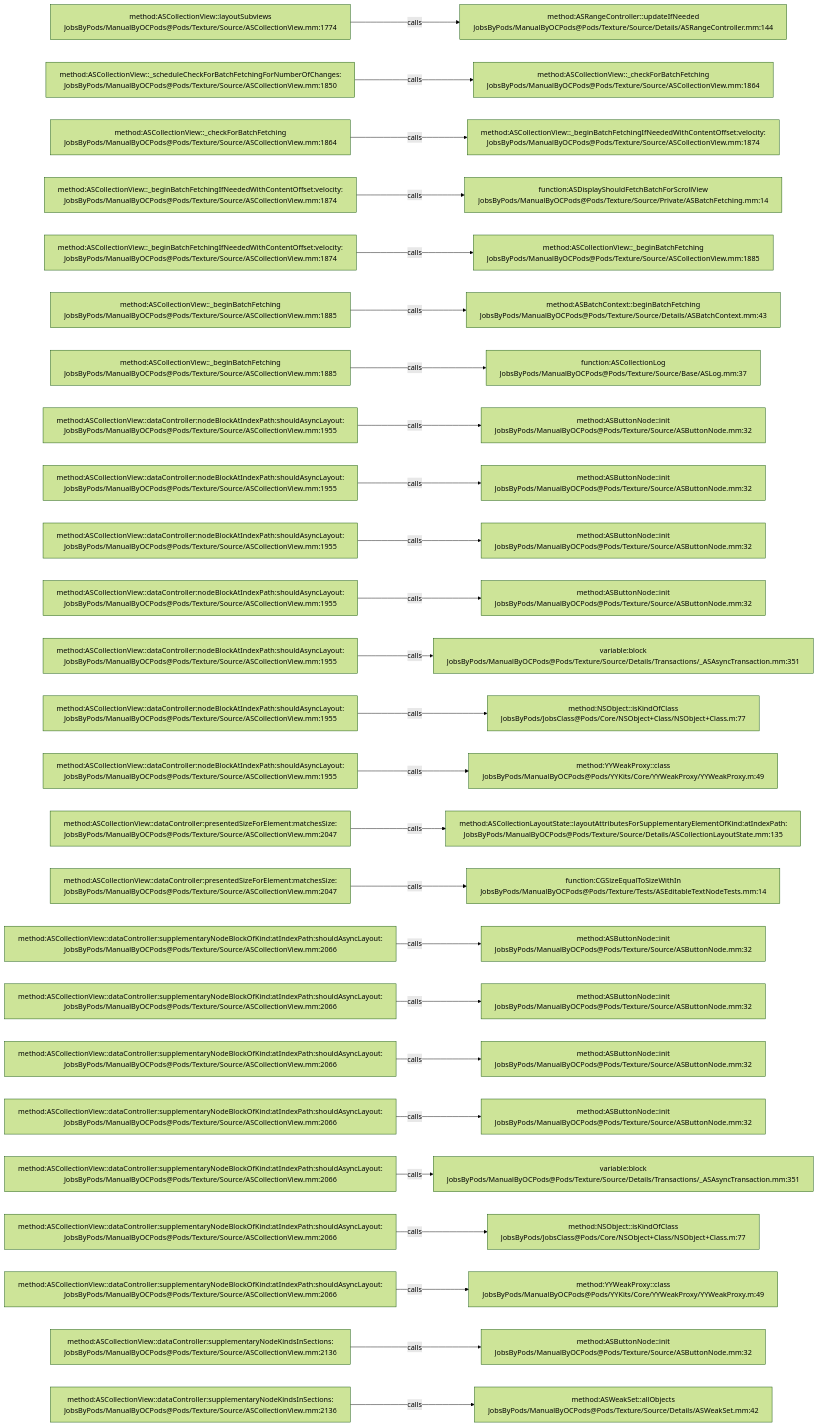
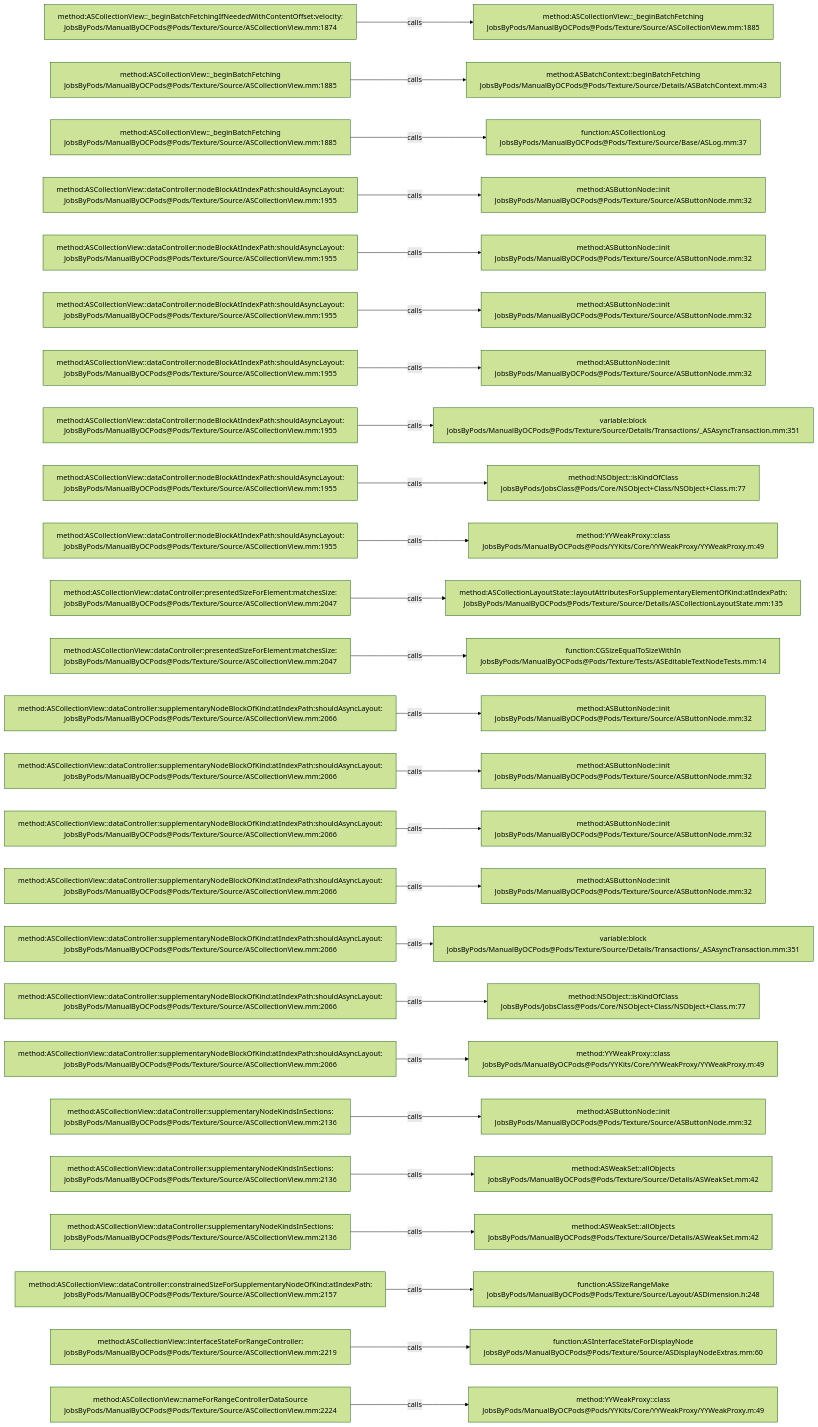
One commit to JobsKits/JobsOCBaseConfigDemo changed the diagram in .codegraph/codegraph.md/graphs/calls-081.md. Above: the diagram before and after it, drawn with Mermaid (forest theme). The commit also changed 727 other files, not shown here.

````diff
--- a/.codegraph/codegraph.md/graphs/calls-081.md
+++ b/.codegraph/codegraph.md/graphs/calls-081.md
@@ -13,78 +13,78 @@
 ```mermaid
 flowchart LR
-  S1["method:ASCollectionView::layoutSubviews<br/>JobsByPods/ManualByOCPods@Pods/Texture/Source/ASCollectionView.mm:1774"]
-  T1["method:ASRangeController::updateIfNeeded<br/>JobsByPods/ManualByOCPods@Pods/Texture/Source/Details/ASRangeController.mm:144"]
+  S1["method:ASCollectionView::_beginBatchFetchingIfNeededWithContentOffset:velocity:<br/>JobsByPods/ManualByOCPods@Pods/Texture/Source/ASCollectionView.mm:1874"]
+  T1["method:ASCollectionView::_beginBatchFetching<br/>JobsByPods/ManualByOCPods@Pods/Texture/Source/ASCollectionView.mm:1885"]
   S1 -->|calls| T1
-  S2["method:ASCollectionView::_scheduleCheckForBatchFetchingForNumberOfChanges:<br/>JobsByPods/ManualByOCPods@Pods/Texture/Source/ASCollectionView.mm:1850"]
-  T2["method:ASCollectionView::_checkForBatchFetching<br/>JobsByPods/ManualByOCPods@Pods/Texture/Source/ASCollectionView.mm:1864"]
+  S2["method:ASCollectionView::_beginBatchFetching<br/>JobsByPods/ManualByOCPods@Pods/Texture/Source/ASCollectionView.mm:1885"]
+  T2["method:ASBatchContext::beginBatchFetching<br/>JobsByPods/ManualByOCPods@Pods/Texture/Source/Details/ASBatchContext.mm:43"]
   S2 -->|calls| T2
-  S3["method:ASCollectionView::_checkForBatchFetching<br/>JobsByPods/ManualByOCPods@Pods/Texture/Source/ASCollectionView.mm:1864"]
-  T3["method:ASCollectionView::_beginBatchFetchingIfNeededWithContentOffset:velocity:<br/>JobsByPods/ManualByOCPods@Pods/Texture/Source/ASCollectionView.mm:1874"]
+  S3["method:ASCollectionView::_beginBatchFetching<br/>JobsByPods/ManualByOCPods@Pods/Texture/Source/ASCollectionView.mm:1885"]
+  T3["function:ASCollectionLog<br/>JobsByPods/ManualByOCPods@Pods/Texture/Source/Base/ASLog.mm:37"]
   S3 -->|calls| T3
-  S4["method:ASCollectionView::_beginBatchFetchingIfNeededWithContentOffset:velocity:<br/>JobsByPods/ManualByOCPods@Pods/Texture/Source/ASCollectionView.mm:1874"]
-  T4["function:ASDisplayShouldFetchBatchForScrollView<br/>JobsByPods/ManualByOCPods@Pods/Texture/Source/Private/ASBatchFetching.mm:14"]
+  S4["method:ASCollectionView::dataController:nodeBlockAtIndexPath:shouldAsyncLayout:<br/>JobsByPods/ManualByOCPods@Pods/Texture/Source/ASCollectionView.mm:1955"]
+  T4["method:ASButtonNode::init<br/>JobsByPods/ManualByOCPods@Pods/Texture/Source/ASButtonNode.mm:32"]
   S4 -->|calls| T4
-  S5["method:ASCollectionView::_beginBatchFetchingIfNeededWithContentOffset:velocity:<br/>JobsByPods/ManualByOCPods@Pods/Texture/Source/ASCollectionView.mm:1874"]
-  T5["method:ASCollectionView::_beginBatchFetching<br/>JobsByPods/ManualByOCPods@Pods/Texture/Source/ASCollectionView.mm:1885"]
+  S5["method:ASCollectionView::dataController:nodeBlockAtIndexPath:shouldAsyncLayout:<br/>JobsByPods/ManualByOCPods@Pods/Texture/Source/ASCollectionView.mm:1955"]
+  T5["method:ASButtonNode::init<br/>JobsByPods/ManualByOCPods@Pods/Texture/Source/ASButtonNode.mm:32"]
   S5 -->|calls| T5
-  S6["method:ASCollectionView::_beginBatchFetching<br/>JobsByPods/ManualByOCPods@Pods/Texture/Source/ASCollectionView.mm:1885"]
-  T6["method:ASBatchContext::beginBatchFetching<br/>JobsByPods/ManualByOCPods@Pods/Texture/Source/Details/ASBatchContext.mm:43"]
+  S6["method:ASCollectionView::dataController:nodeBlockAtIndexPath:shouldAsyncLayout:<br/>JobsByPods/ManualByOCPods@Pods/Texture/Source/ASCollectionView.mm:1955"]
+  T6["method:ASButtonNode::init<br/>JobsByPods/ManualByOCPods@Pods/Texture/Source/ASButtonNode.mm:32"]
   S6 -->|calls| T6
-  S7["method:ASCollectionView::_beginBatchFetching<br/>JobsByPods/ManualByOCPods@Pods/Texture/Source/ASCollectionView.mm:1885"]
-  T7["function:ASCollectionLog<br/>JobsByPods/ManualByOCPods@Pods/Texture/Source/Base/ASLog.mm:37"]
+  S7["method:ASCollectionView::dataController:nodeBlockAtIndexPath:shouldAsyncLayout:<br/>JobsByPods/ManualByOCPods@Pods/Texture/Source/ASCollectionView.mm:1955"]
+  T7["method:ASButtonNode::init<br/>JobsByPods/ManualByOCPods@Pods/Texture/Source/ASButtonNode.mm:32"]
   S7 -->|calls| T7
   S8["method:ASCollectionView::dataController:nodeBlockAtIndexPath:shouldAsyncLayout:<br/>JobsByPods/ManualByOCPods@Pods/Texture/Source/ASCollectionView.mm:1955"]
-  T8["method:ASButtonNode::init<br/>JobsByPods/ManualByOCPods@Pods/Texture/Source/ASButtonNode.mm:32"]
+  T8["variable:block<br/>JobsByPods/ManualByOCPods@Pods/Texture/Source/Details/Transactions/_ASAsyncTransaction.mm:351"]
   S8 -->|calls| T8
   S9["method:ASCollectionView::dataController:nodeBlockAtIndexPath:shouldAsyncLayout:<br/>JobsByPods/ManualByOCPods@Pods/Texture/Source/ASCollectionView.mm:1955"]
-  T9["method:ASButtonNode::init<br/>JobsByPods/ManualByOCPods@Pods/Texture/Source/ASButtonNode.mm:32"]
+  T9["method:NSObject::isKindOfClass<br/>JobsByPods/JobsClass@Pods/Core/NSObject+Class/NSObject+Class.m:77"]
   S9 -->|calls| T9
   S10["method:ASCollectionView::dataController:nodeBlockAtIndexPath:shouldAsyncLayout:<br/>JobsByPods/ManualByOCPods@Pods/Texture/Source/ASCollectionView.mm:1955"]
-  T10["method:ASButtonNode::init<br/>JobsByPods/ManualByOCPods@Pods/Texture/Source/ASButtonNode.mm:32"]
+  T10["method:YYWeakProxy::class<br/>JobsByPods/ManualByOCPods@Pods/YYKits/Core/YYWeakProxy/YYWeakProxy.m:49"]
   S10 -->|calls| T10
-  S11["method:ASCollectionView::dataController:nodeBlockAtIndexPath:shouldAsyncLayout:<br/>JobsByPods/ManualByOCPods@Pods/Texture/Source/ASCollectionView.mm:1955"]
-  T11["method:ASButtonNode::init<br/>JobsByPods/ManualByOCPods@Pods/Texture/Source/ASButtonNode.mm:32"]
+  S11["method:ASCollectionView::dataController:presentedSizeForElement:matchesSize:<br/>JobsByPods/ManualByOCPods@Pods/Texture/Source/ASCollectionView.mm:2047"]
+  T11["method:ASCollectionLayoutState::layoutAttributesForSupplementaryElementOfKind:atIndexPath:<br/>JobsByPods/ManualByOCPods@Pods/Texture/Source/Details/ASCollectionLayoutState.mm:135"]
   S11 -->|calls| T11
-  S12["method:ASCollectionView::dataController:nodeBlockAtIndexPath:shouldAsyncLayout:<br/>JobsByPods/ManualByOCPods@Pods/Texture/Source/ASCollectionView.mm:1955"]
-  T12["variable:block<br/>JobsByPods/ManualByOCPods@Pods/Texture/Source/Details/Transactions/_ASAsyncTransaction.mm:351"]
+  S12["method:ASCollectionView::dataController:presentedSizeForElement:matchesSize:<br/>JobsByPods/ManualByOCPods@Pods/Texture/Source/ASCollectionView.mm:2047"]
+  T12["function:CGSizeEqualToSizeWithIn<br/>JobsByPods/ManualByOCPods@Pods/Texture/Tests/ASEditableTextNodeTests.mm:14"]
   S12 -->|calls| T12
-  S13["method:ASCollectionView::dataController:nodeBlockAtIndexPath:shouldAsyncLayout:<br/>JobsByPods/ManualByOCPods@Pods/Texture/Source/ASCollectionView.mm:1955"]
-  T13["method:NSObject::isKindOfClass<br/>JobsByPods/JobsClass@Pods/Core/NSObject+Class/NSObject+Class.m:77"]
+  S13["method:ASCollectionView::dataController:supplementaryNodeBlockOfKind:atIndexPath:shouldAsyncLayout:<br/>JobsByPods/ManualByOCPods@Pods/Texture/Source/ASCollectionView.mm:2066"]
+  T13["method:ASButtonNode::init<br/>JobsByPods/ManualByOCPods@Pods/Texture/Source/ASButtonNode.mm:32"]
   S13 -->|calls| T13
-  S14["method:ASCollectionView::dataController:nodeBlockAtIndexPath:shouldAsyncLayout:<br/>JobsByPods/ManualByOCPods@Pods/Texture/Source/ASCollectionView.mm:1955"]
-  T14["method:YYWeakProxy::class<br/>JobsByPods/ManualByOCPods@Pods/YYKits/Core/YYWeakProxy/YYWeakProxy.m:49"]
+  S14["method:ASCollectionView::dataController:supplementaryNodeBlockOfKind:atIndexPath:shouldAsyncLayout:<br/>JobsByPods/ManualByOCPods@Pods/Texture/Source/ASCollectionView.mm:2066"]
+  T14["method:ASButtonNode::init<br/>JobsByPods/ManualByOCPods@Pods/Texture/Source/ASButtonNode.mm:32"]
   S14 -->|calls| T14
-  S15["method:ASCollectionView::dataController:presentedSizeForElement:matchesSize:<br/>JobsByPods/ManualByOCPods@Pods/Texture/Source/ASCollectionView.mm:2047"]
-  T15["method:ASCollectionLayoutState::layoutAttributesForSupplementaryElementOfKind:atIndexPath:<br/>JobsByPods/ManualByOCPods@Pods/Texture/Source/Details/ASCollectionLayoutState.mm:135"]
+  S15["method:ASCollectionView::dataController:supplementaryNodeBlockOfKind:atIndexPath:shouldAsyncLayout:<br/>JobsByPods/ManualByOCPods@Pods/Texture/Source/ASCollectionView.mm:2066"]
+  T15["method:ASButtonNode::init<br/>JobsByPods/ManualByOCPods@Pods/Texture/Source/ASButtonNode.mm:32"]
   S15 -->|calls| T15
-  S16["method:ASCollectionView::dataController:presentedSizeForElement:matchesSize:<br/>JobsByPods/ManualByOCPods@Pods/Texture/Source/ASCollectionView.mm:2047"]
-  T16["function:CGSizeEqualToSizeWithIn<br/>JobsByPods/ManualByOCPods@Pods/Texture/Tests/ASEditableTextNodeTests.mm:14"]
+  S16["method:ASCollectionView::dataController:supplementaryNodeBlockOfKind:atIndexPath:shouldAsyncLayout:<br/>JobsByPods/ManualByOCPods@Pods/Texture/Source/ASCollectionView.mm:2066"]
+  T16["method:ASButtonNode::init<br/>JobsByPods/ManualByOCPods@Pods/Texture/Source/ASButtonNode.mm:32"]
   S16 -->|calls| T16
   S17["method:ASCollectionView::dataController:supplementaryNodeBlockOfKind:atIndexPath:shouldAsyncLayout:<br/>JobsByPods/ManualByOCPods@Pods/Texture/Source/ASCollectionView.mm:2066"]
-  T17["method:ASButtonNode::init<br/>JobsByPods/ManualByOCPods@Pods/Texture/Source/ASButtonNode.mm:32"]
+  T17["variable:block<br/>JobsByPods/ManualByOCPods@Pods/Texture/Source/Details/Transactions/_ASAsyncTransaction.mm:351"]
   S17 -->|calls| T17
   S18["method:ASCollectionView::dataController:supplementaryNodeBlockOfKind:atIndexPath:shouldAsyncLayout:<br/>JobsByPods/ManualByOCPods@Pods/Texture/Source/ASCollectionView.mm:2066"]
-  T18["method:ASButtonNode::init<br/>JobsByPods/ManualByOCPods@Pods/Texture/Source/ASButtonNode.mm:32"]
+  T18["method:NSObject::isKindOfClass<br/>JobsByPods/JobsClass@Pods/Core/NSObject+Class/NSObject+Class.m:77"]
   S18 -->|calls| T18
   S19["method:ASCollectionView::dataController:supplementaryNodeBlockOfKind:atIndexPath:shouldAsyncLayout:<br/>JobsByPods/ManualByOCPods@Pods/Texture/Source/ASCollectionView.mm:2066"]
-  T19["method:ASButtonNode::init<br/>JobsByPods/ManualByOCPods@Pods/Texture/Source/ASButtonNode.mm:32"]
+  T19["method:YYWeakProxy::class<br/>JobsByPods/ManualByOCPods@Pods/YYKits/Core/YYWeakProxy/YYWeakProxy.m:49"]
   S19 -->|calls| T19
-  S20["method:ASCollectionView::dataController:supplementaryNodeBlockOfKind:atIndexPath:shouldAsyncLayout:<br/>JobsByPods/ManualByOCPods@Pods/Texture/Source/ASCollectionView.mm:2066"]
+  S20["method:ASCollectionView::dataController:supplementaryNodeKindsInSections:<br/>JobsByPods/ManualByOCPods@Pods/Texture/Source/ASCollectionView.mm:2136"]
   T20["method:ASButtonNode::init<br/>JobsByPods/ManualByOCPods@Pods/Texture/Source/ASButtonNode.mm:32"]
   S20 -->|calls| T20
-  S21["method:ASCollectionView::dataController:supplementaryNodeBlockOfKind:atIndexPath:shouldAsyncLayout:<br/>JobsByPods/ManualByOCPods@Pods/Texture/Source/ASCollectionView.mm:2066"]
-  T21["variable:block<br/>JobsByPods/ManualByOCPods@Pods/Texture/Source/Details/Transactions/_ASAsyncTransaction.mm:351"]
+  S21["method:ASCollectionView::dataController:supplementaryNodeKindsInSections:<br/>JobsByPods/ManualByOCPods@Pods/Texture/Source/ASCollectionView.mm:2136"]
+  T21["method:ASWeakSet::allObjects<br/>JobsByPods/ManualByOCPods@Pods/Texture/Source/Details/ASWeakSet.mm:42"]
   S21 -->|calls| T21
-  S22["method:ASCollectionView::dataController:supplementaryNodeBlockOfKind:atIndexPath:shouldAsyncLayout:<br/>JobsByPods/ManualByOCPods@Pods/Texture/Source/ASCollectionView.mm:2066"]
-  T22["method:NSObject::isKindOfClass<br/>JobsByPods/JobsClass@Pods/Core/NSObject+Class/NSObject+Class.m:77"]
+  S22["method:ASCollectionView::dataController:supplementaryNodeKindsInSections:<br/>JobsByPods/ManualByOCPods@Pods/Texture/Source/ASCollectionView.mm:2136"]
+  T22["method:ASWeakSet::allObjects<br/>JobsByPods/ManualByOCPods@Pods/Texture/Source/Details/ASWeakSet.mm:42"]
   S22 -->|calls| T22
-  S23["method:ASCollectionView::dataController:supplementaryNodeBlockOfKind:atIndexPath:shouldAsyncLayout:<br/>JobsByPods/ManualByOCPods@Pods/Texture/Source/ASCollectionView.mm:2066"]
-  T23["method:YYWeakProxy::class<br/>JobsByPods/ManualByOCPods@Pods/YYKits/Core/YYWeakProxy/YYWeakProxy.m:49"]
+  S23["method:ASCollectionView::dataController:constrainedSizeForSupplementaryNodeOfKind:atIndexPath:<br/>JobsByPods/ManualByOCPods@Pods/Texture/Source/ASCollectionView.mm:2157"]
+  T23["function:ASSizeRangeMake<br/>JobsByPods/ManualByOCPods@Pods/Texture/Source/Layout/ASDimension.h:248"]
   S23 -->|calls| T23
-  S24["method:ASCollectionView::dataController:supplementaryNodeKindsInSections:<br/>JobsByPods/ManualByOCPods@Pods/Texture/Source/ASCollectionView.mm:2136"]
-  T24["method:ASButtonNode::init<br/>JobsByPods/ManualByOCPods@Pods/Texture/Source/ASButtonNode.mm:32"]
+  S24["method:ASCollectionView::interfaceStateForRangeController:<br/>JobsByPods/ManualByOCPods@Pods/Texture/Source/ASCollectionView.mm:2219"]
+  T24["function:ASInterfaceStateForDisplayNode<br/>JobsByPods/ManualByOCPods@Pods/Texture/Source/ASDisplayNodeExtras.mm:60"]
   S24 -->|calls| T24
-  S25["method:ASCollectionView::dataController:supplementaryNodeKindsInSections:<br/>JobsByPods/ManualByOCPods@Pods/Texture/Source/ASCollectionView.mm:2136"]
-  T25["method:ASWeakSet::allObjects<br/>JobsByPods/ManualByOCPods@Pods/Texture/Source/Details/ASWeakSet.mm:42"]
+  S25["method:ASCollectionView::nameForRangeControllerDataSource<br/>JobsByPods/ManualByOCPods@Pods/Texture/Source/ASCollectionView.mm:2224"]
+  T25["method:YYWeakProxy::class<br/>JobsByPods/ManualByOCPods@Pods/YYKits/Core/YYWeakProxy/YYWeakProxy.m:49"]
   S25 -->|calls| T25
 ```
````
